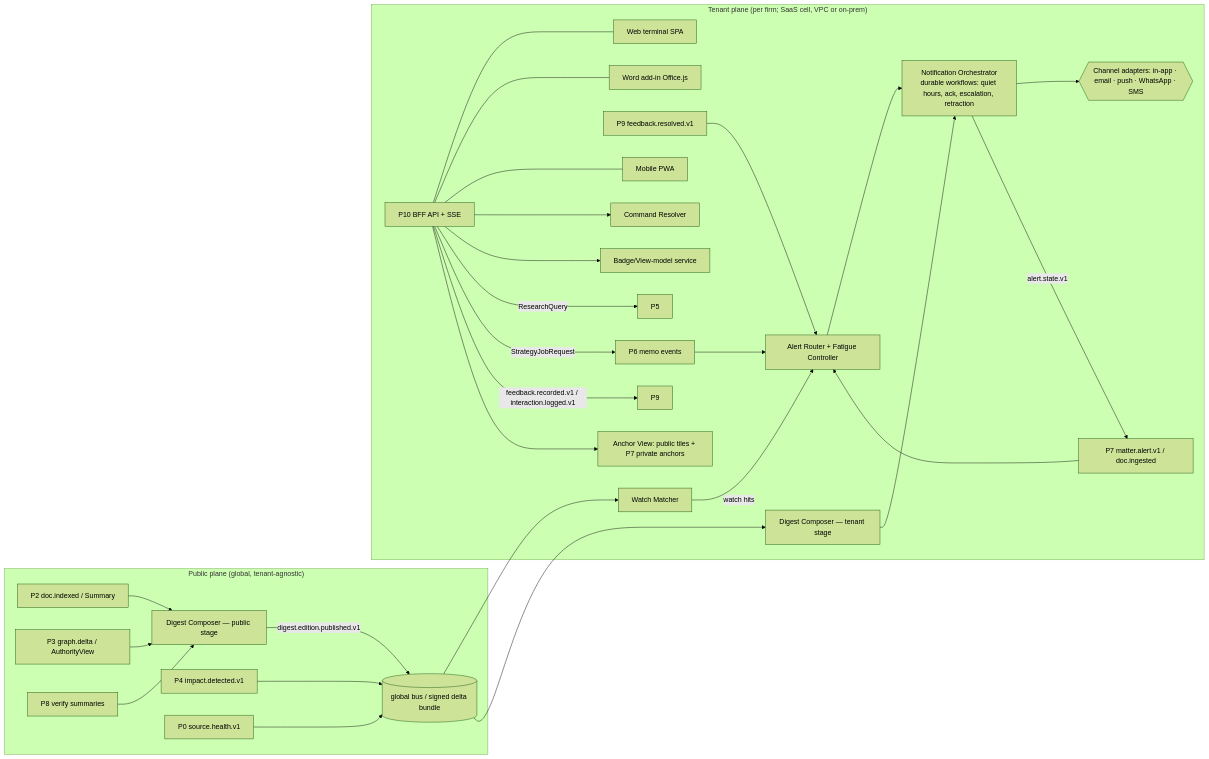
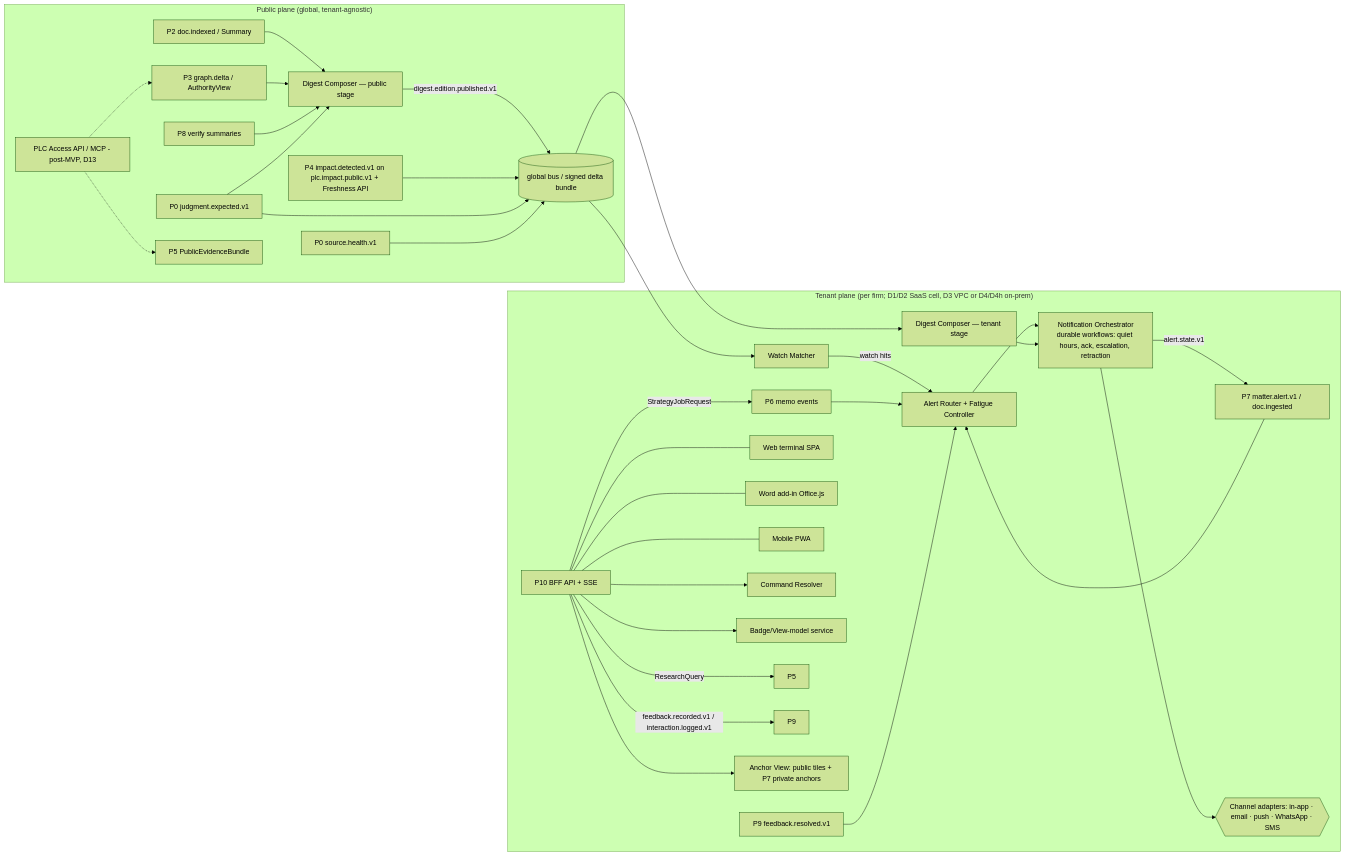
One commit to arukh281/legal changed the first of 2 diagrams in docs/12_P10_product_surface.md. Above: the diagram before and after it, drawn with Mermaid (forest theme). The commit also changed other lines of this file and 17 other files, not shown here.

````diff
--- a/docs/12_P10_product_surface.md
+++ b/docs/12_P10_product_surface.md
@@ -321,32 +366,36 @@
 ```mermaid
 flowchart LR
   subgraph PLC["Public plane (global, tenant-agnostic)"]
     P2[P2 doc.indexed / Summary] --> DCP[Digest Composer — public stage]
     P3[P3 graph.delta / AuthorityView] --> DCP
     P8v[P8 verify summaries] --> DCP
     DCP -->|digest.edition.published.v1| BUS[(global bus / signed delta bundle)]
-    P4[P4 impact.detected.v1] --> BUS
+    P4[P4 impact.detected.v1 on plc.impact.public.v1 + Freshness API] --> BUS
+    P0j[P0 judgment.expected.v1] --> BUS
+    P0j --> DCP
+    APIX[PLC Access API / MCP - post-MVP, D13] -.-> P3
+    APIX -.-> P5x[P5 PublicEvidenceBundle]
     P0[P0 source.health.v1] --> BUS
   end
-  subgraph TPL["Tenant plane (per firm; SaaS cell, VPC or on-prem)"]
+  subgraph TPL["Tenant plane (per firm; D1/D2 SaaS cell, D3 VPC or D4/D4h on-prem)"]
     BUS --> WM[Watch Matcher]
     BUS --> DCT[Digest Composer — tenant stage]
     P7[P7 matter.alert.v1 / doc.ingested] --> AR[Alert Router + Fatigue Controller]
     WM -->|watch hits| AR
     P6[P6 memo events] --> AR
     P9r[P9 feedback.resolved.v1] --> AR
     AR --> NO[Notification Orchestrator<br/>durable workflows: quiet hours, ack, escalation, retraction]
     DCT --> NO
     NO --> CH{{Channel adapters: in-app · email · push · WhatsApp · SMS}}
     NO -->|alert.state.v1| P7
     BFF[P10 BFF API + SSE] --- WEB[Web terminal SPA]
     BFF --- WORD[Word add-in Office.js]
     BFF --- PWA[Mobile PWA]
     BFF --> CMD[Command Resolver]
     BFF --> BDG[Badge/View-model service]
     BFF -->|ResearchQuery| P5[P5]
     BFF -->|StrategyJobRequest| P6
     BFF -->|feedback.recorded.v1 / interaction.logged.v1| P9[P9]
     BFF --> ANC[Anchor View: public tiles + P7 private anchors]
   end
 ```
````
